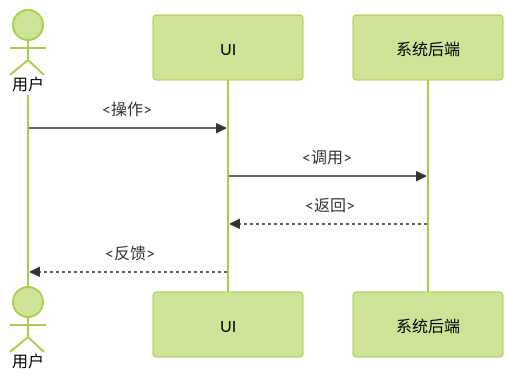
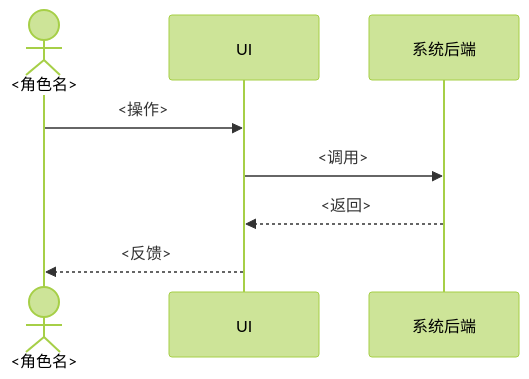
Before and after one commit to syllr/skills: the third of 3 diagrams in skills/project-scaffold/references/skill-templates/docs/docs-business/assets/TEMPLATE.md, drawn with Mermaid (forest theme). The commit also changed other lines of this file and 10 other files, not shown here.

```diff
--- a/skills/project-scaffold/references/skill-templates/docs/docs-business/assets/TEMPLATE.md
+++ b/skills/project-scaffold/references/skill-templates/docs/docs-business/assets/TEMPLATE.md
@@ -223,10 +225,10 @@
 ~~~mermaid
 sequenceDiagram
-    actor 用户
+  actor R as <角色名>
     participant UI
     participant 系统后端
-    用户 ->> UI: <操作>
+  R ->> UI: <操作>
     UI ->> 系统后端: <调用>
     系统后端 -->> UI: <返回>
-    UI -->> 用户: <反馈>
+  UI -->> R: <反馈>
 ~~~
```
